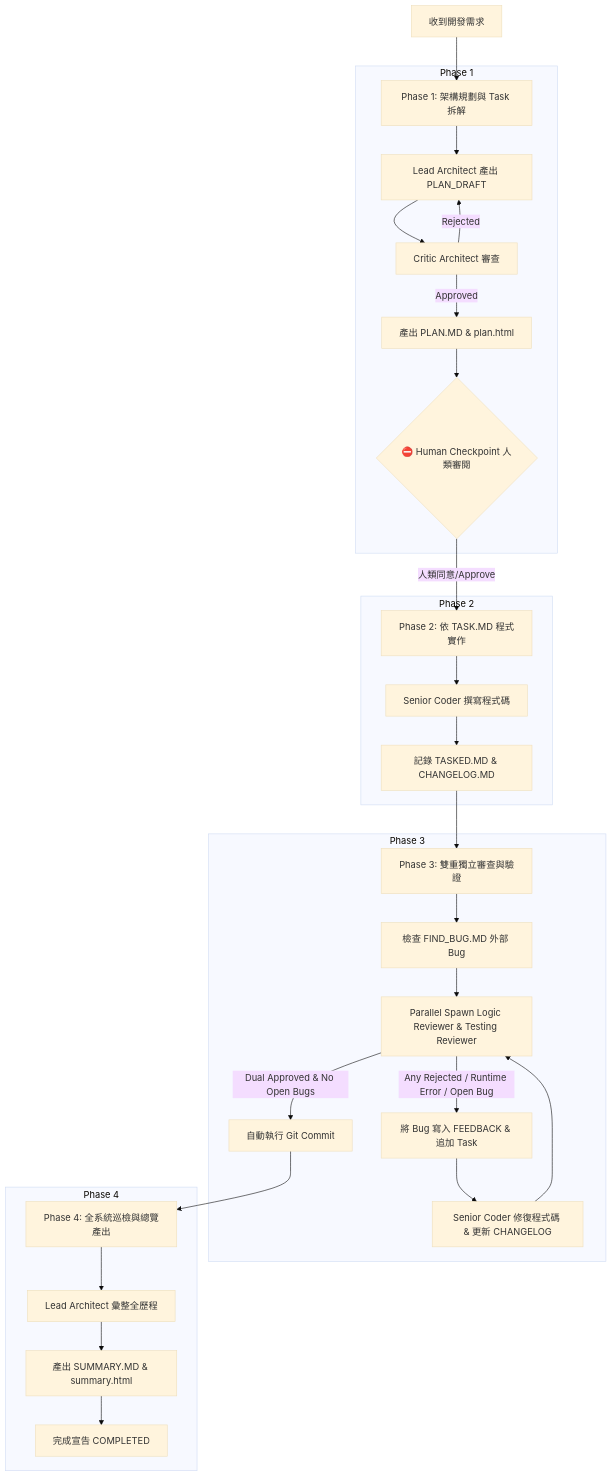
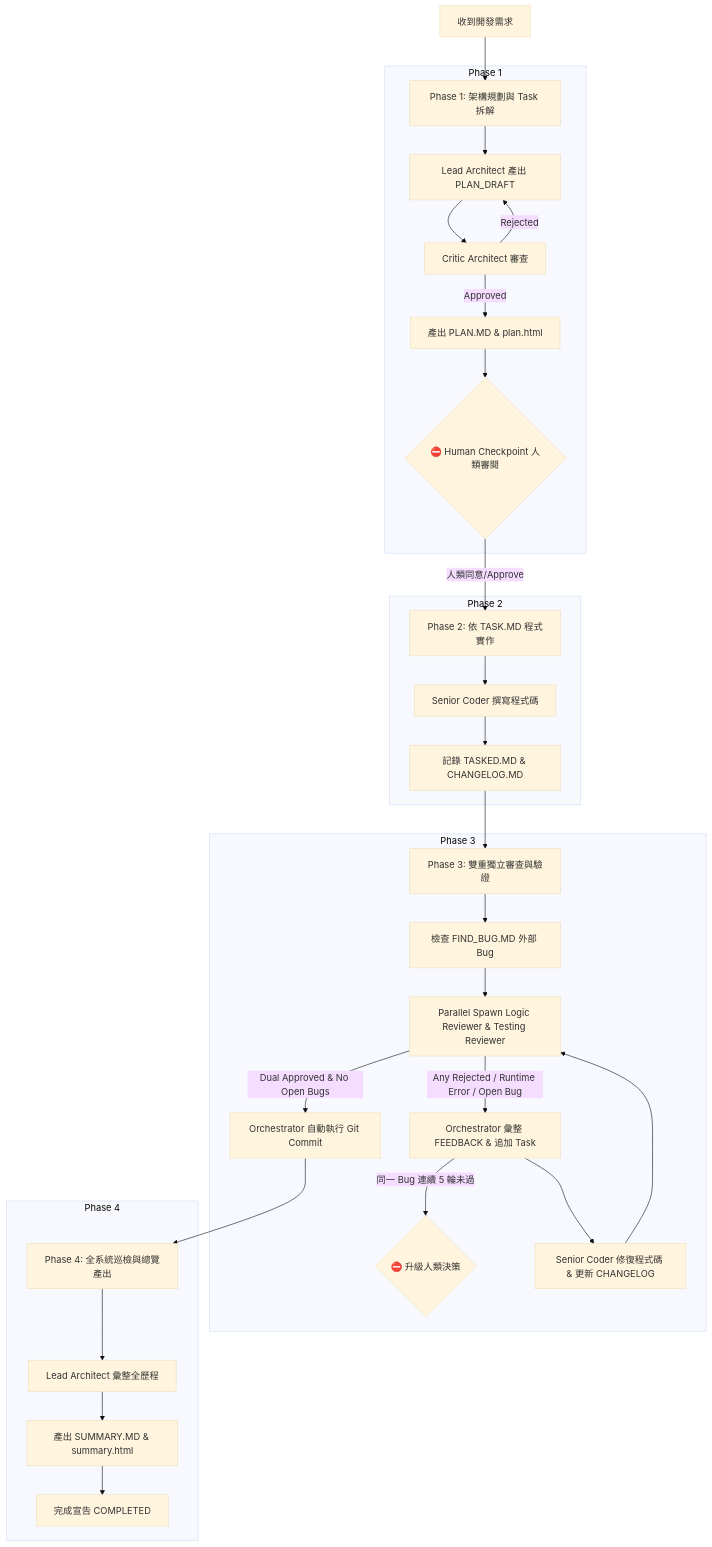
The diagram in README.md (CTJ425/agy_agent_lab), drawn with Mermaid (base theme) before and after one commit. The commit also changed other lines of this file and 6 other files, not shown here.

````diff
--- a/README.md
+++ b/README.md
@@ -76,38 +79,39 @@
 ```mermaid
 graph TD
     A[收到開發需求] --> Phase1[Phase 1: 架構規劃與 Task 拆解]
     
     subgraph Phase 1
         Phase1 --> LA1[Lead Architect 產出 PLAN_DRAFT]
         LA1 --> CA1[Critic Architect 審查]
         CA1 -- Rejected --> LA1
         CA1 -- Approved --> PlanHTML[產出 PLAN.MD & plan.html]
         PlanHTML --> Checkpoint{⛔ Human Checkpoint 人類審閱}
     end
 
     Checkpoint -- 人類同意/Approve --> Phase2[Phase 2: 依 TASK.MD 程式實作]
 
     subgraph Phase 2
         Phase2 --> SC1[Senior Coder 撰寫程式碼]
         SC1 --> Log1[記錄 TASKED.MD & CHANGELOG.MD]
     end
 
     Log1 --> Phase3[Phase 3: 雙重獨立審查與驗證]
 
     subgraph Phase 3
         Phase3 --> CheckBug[檢查 FIND_BUG.MD 外部 Bug]
         CheckBug --> Reviewers[Parallel Spawn Logic Reviewer & Testing Reviewer]
-        Reviewers -- Any Rejected / Runtime Error / Open Bug --> FixLoop[將 Bug 寫入 FEEDBACK & 追加 Task]
+        Reviewers -- Any Rejected / Runtime Error / Open Bug --> FixLoop[Orchestrator 彙整 FEEDBACK & 追加 Task]
+        FixLoop -- 同一 Bug 連續 5 輪未過 --> Escalate{⛔ 升級人類決策}
         FixLoop --> SC2[Senior Coder 修復程式碼 & 更新 CHANGELOG]
         SC2 --> Reviewers
-        Reviewers -- Dual Approved & No Open Bugs --> GitCommit[自動執行 Git Commit]
+        Reviewers -- Dual Approved & No Open Bugs --> GitCommit[Orchestrator 自動執行 Git Commit]
     end
 
     GitCommit --> Phase4[Phase 4: 全系統巡檢與總覽產出]
 
     subgraph Phase 4
         Phase4 --> LA2[Lead Architect 彙整全歷程]
         LA2 --> SummaryHTML[產出 SUMMARY.MD & summary.html]
         SummaryHTML --> Complete[完成宣告 COMPLETED]
     end
 ```
````
